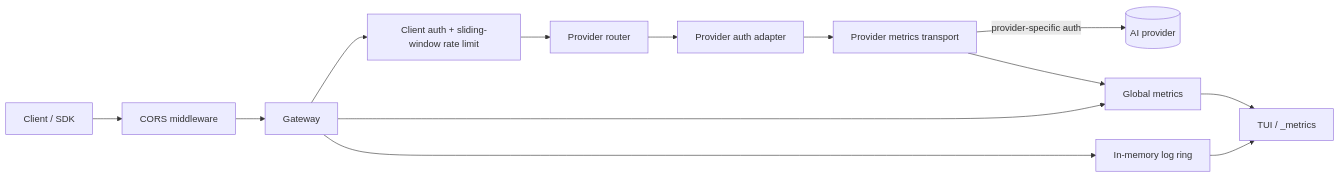
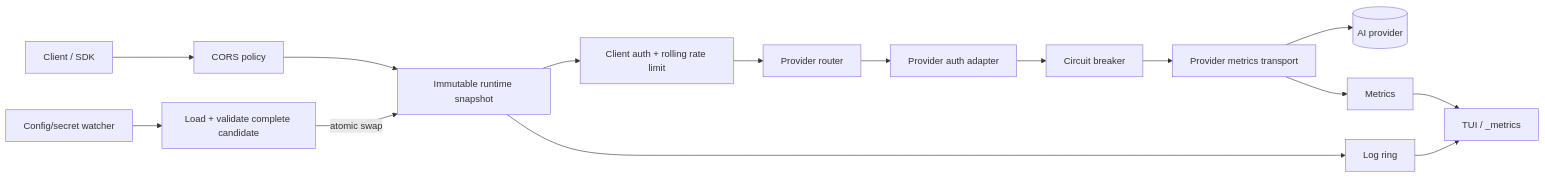
One commit to Homiakus/GemGate changed the diagram in docs/ARCHITECTURE.md. Above: the diagram before and after it, drawn with Mermaid. The commit also changed other lines of this file, not shown here.

Commit message:
Document runtime reload and resilience architecture

````diff
--- a/docs/ARCHITECTURE.md
+++ b/docs/ARCHITECTURE.md
@@ -7,15 +7,17 @@
 ```mermaid
 flowchart LR
-    C[Client / SDK] --> X[CORS middleware]
-    X --> G[Gateway]
-    G --> A[Client auth + sliding-window rate limit]
+    C[Client / SDK] --> X[CORS policy]
+    X --> S[Immutable runtime snapshot]
+    S --> A[Client auth + rolling rate limit]
     A --> R[Provider router]
     R --> P[Provider auth adapter]
-    P --> PM[Provider metrics transport]
-    PM -->|provider-specific auth| U[(AI provider)]
-    G --> M[Global metrics]
-    G --> L[In-memory log ring]
-    PM --> M
+    P --> CB[Circuit breaker]
+    CB --> PM[Provider metrics transport]
+    PM --> U[(AI provider)]
+    PM --> M[Metrics]
+    S --> L[Log ring]
     M --> T[TUI / _metrics]
     L --> T
+    W[Config/secret watcher] --> V[Load + validate complete candidate]
+    V -->|atomic swap| S
 ```
````
